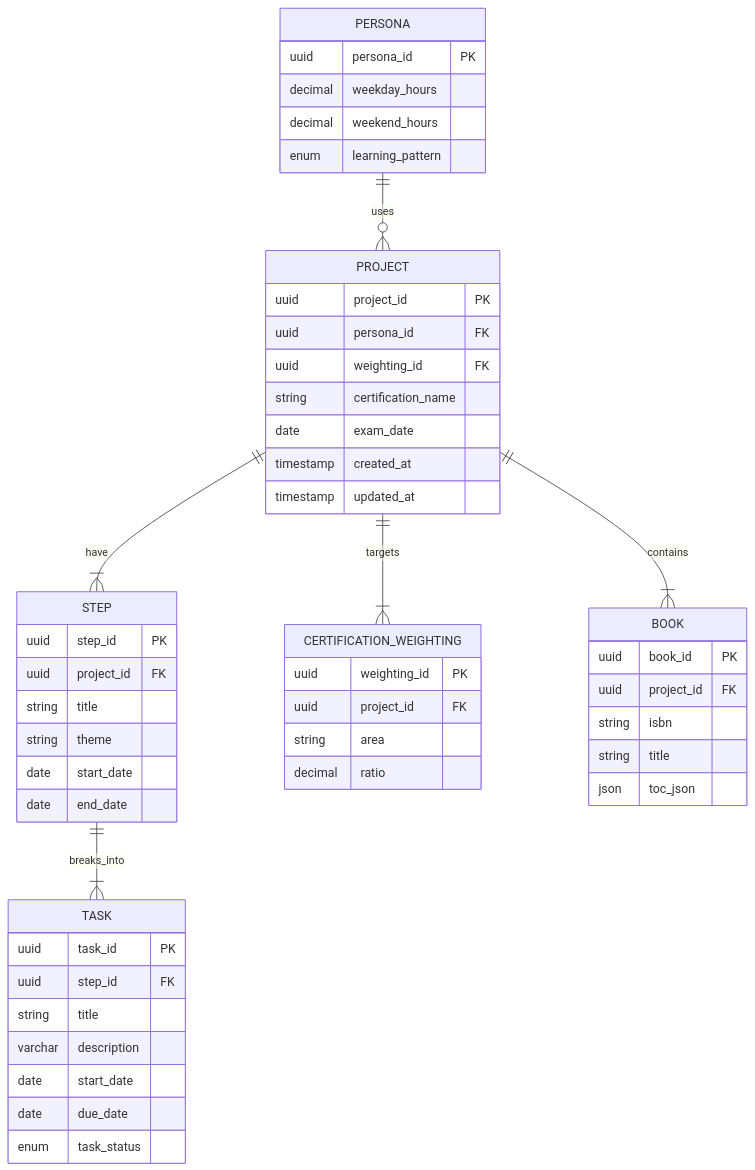
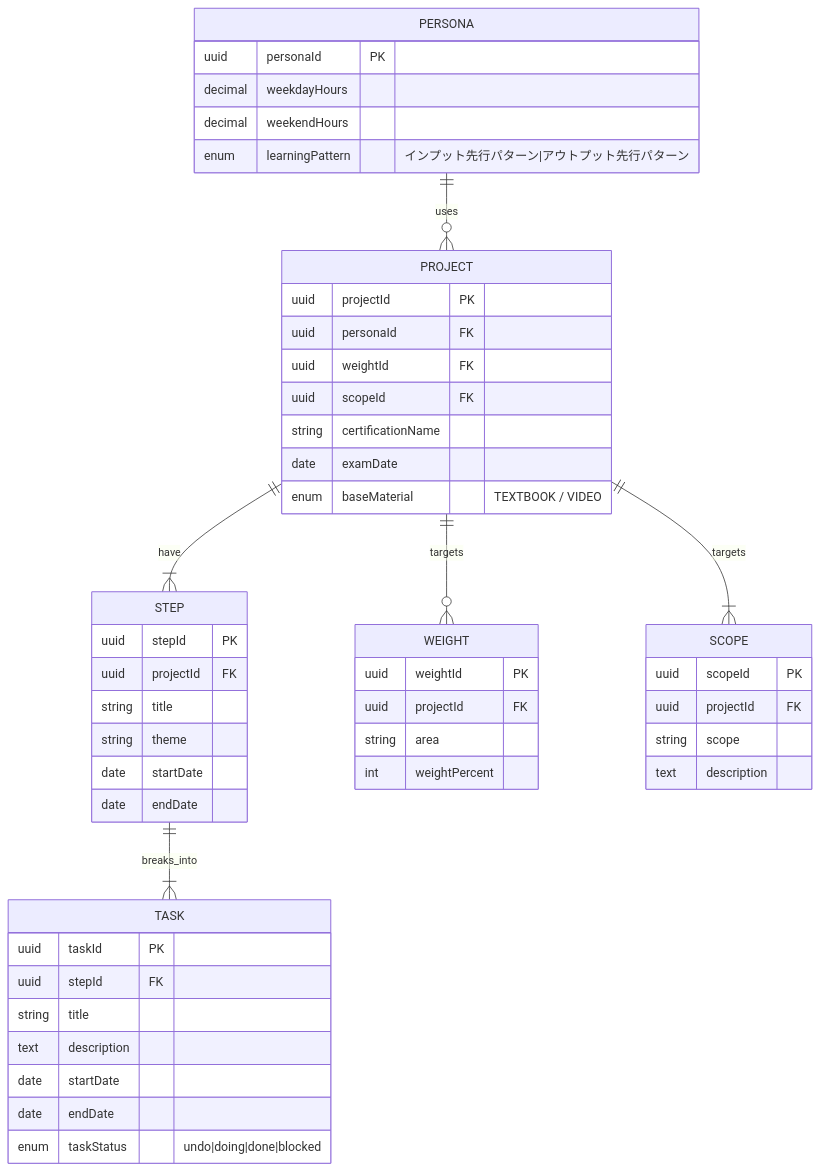
Before and after one commit to study-basic-hackathon/lazy-bear: the diagram in docs/設計/erDiagram.md, drawn with Mermaid.

Commit message:
全テーブルでcamelCaseに変更。bookテーブル削除、projectテーブルでbaseMaterialの追加、更新日と作成日の削除

````diff
--- a/docs/設計/erDiagram.md
+++ b/docs/設計/erDiagram.md
@@ -3,62 +3,58 @@
 ```mermaid
 erDiagram
-  PROJECT ||--|{ STEP : have
-  STEP ||--|{ TASK : breaks_into
+    PROJECT ||--|{ STEP : have
+    STEP ||--|{ TASK : breaks_into
+    PERSONA ||--o{ PROJECT : uses
+    PROJECT ||--o{ WEIGHT : targets
+    PROJECT ||--|{ SCOPE : targets
 
-  PERSONA ||--o{ PROJECT : uses
-  PROJECT ||--|{ CERTIFICATION_WEIGHTING : targets
-  PROJECT ||--|{ BOOK : contains
+    PROJECT {
+        uuid projectId PK
+        uuid personaId FK
+        uuid weightId FK
+        uuid scopeId FK
+        string certificationName
+        date examDate
+        enum baseMaterial "TEXTBOOK / VIDEO"
+    }
 
-  PROJECT {
-    uuid project_id PK
-    uuid persona_id FK
-    uuid weighting_id FK
-    string certification_name
-    date exam_date
-    %% "インプット先行パターン|アウトプット先行パターン（2レコード想定）"
-    timestamp created_at
-    timestamp updated_at
-  }
+    STEP {
+        uuid stepId PK
+        uuid projectId FK
+        string title
+        string theme
+        date startDate
+        date endDate
+    }
 
-  STEP {
-    uuid step_id PK
-    uuid project_id FK
-    string title
-    string theme
-    date start_date
-    date end_date
-  }
+    TASK {
+        uuid taskId PK
+        uuid stepId FK
+        string title
+        text description
+        date startDate
+        date endDate
+        enum taskStatus "undo|doing|done|blocked"
+    }
 
-  TASK {
-    uuid task_id PK
-    uuid step_id FK
-    string title
-    varchar description
-    date   start_date
-    date   due_date
-    enum   task_status
-    %% "undo|doing|done|blocked（4レコード想定）"
-  }
+    PERSONA {
+        uuid personaId PK
+        decimal weekdayHours
+        decimal weekendHours
+        enum learningPattern "インプット先行パターン|アウトプット先行パターン"
+    }
 
-  PERSONA {
-    uuid persona_id PK
-    decimal weekday_hours
-    decimal weekend_hours
-    enum learning_pattern
-  }
+    WEIGHT {
+        uuid weightId PK
+        uuid projectId FK
+        string area
+        int weightPercent
+    }
 
-  BOOK {
-    uuid book_id PK
-    uuid project_id FK
-    string isbn
-    string title
-    json   toc_json
-  }
-
-  CERTIFICATION_WEIGHTING {
-    uuid weighting_id PK
-    uuid project_id FK
-    string area
-    decimal ratio
-  }
+    SCOPE {
+        uuid scopeId PK
+        uuid projectId FK
+        string scope
+        text description
+    }
 ```
````
